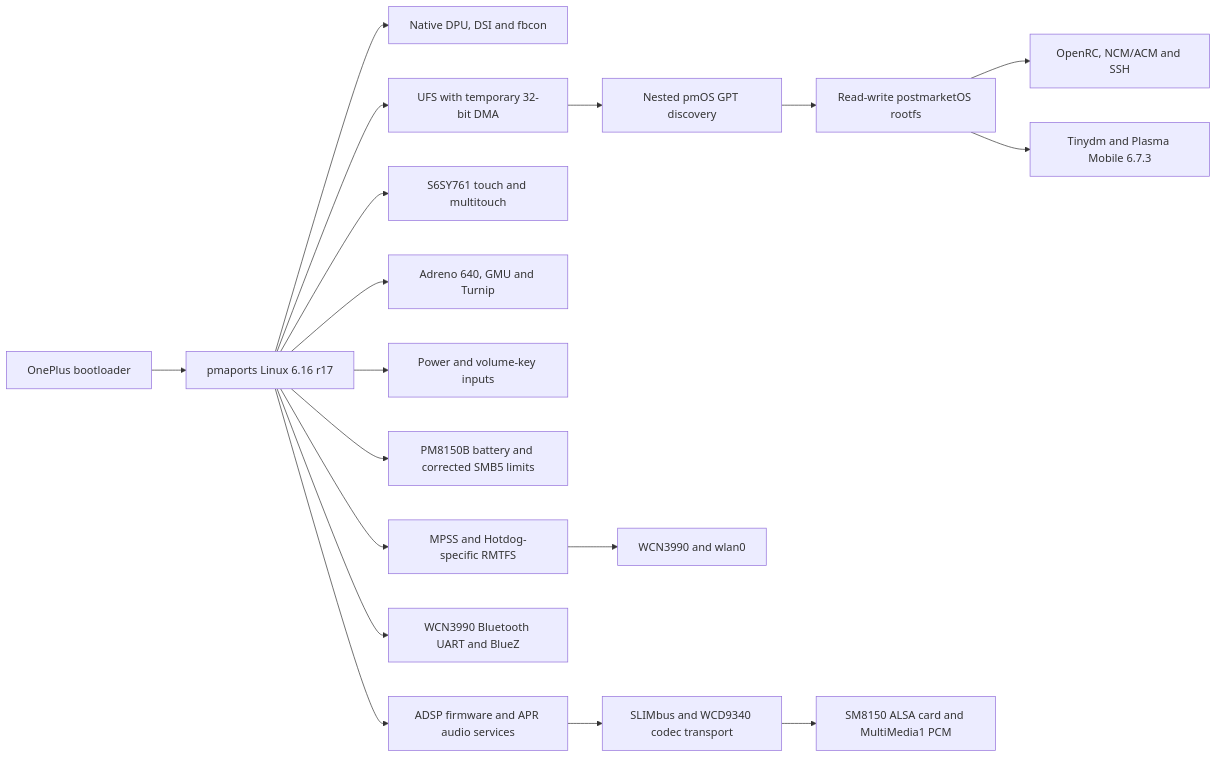
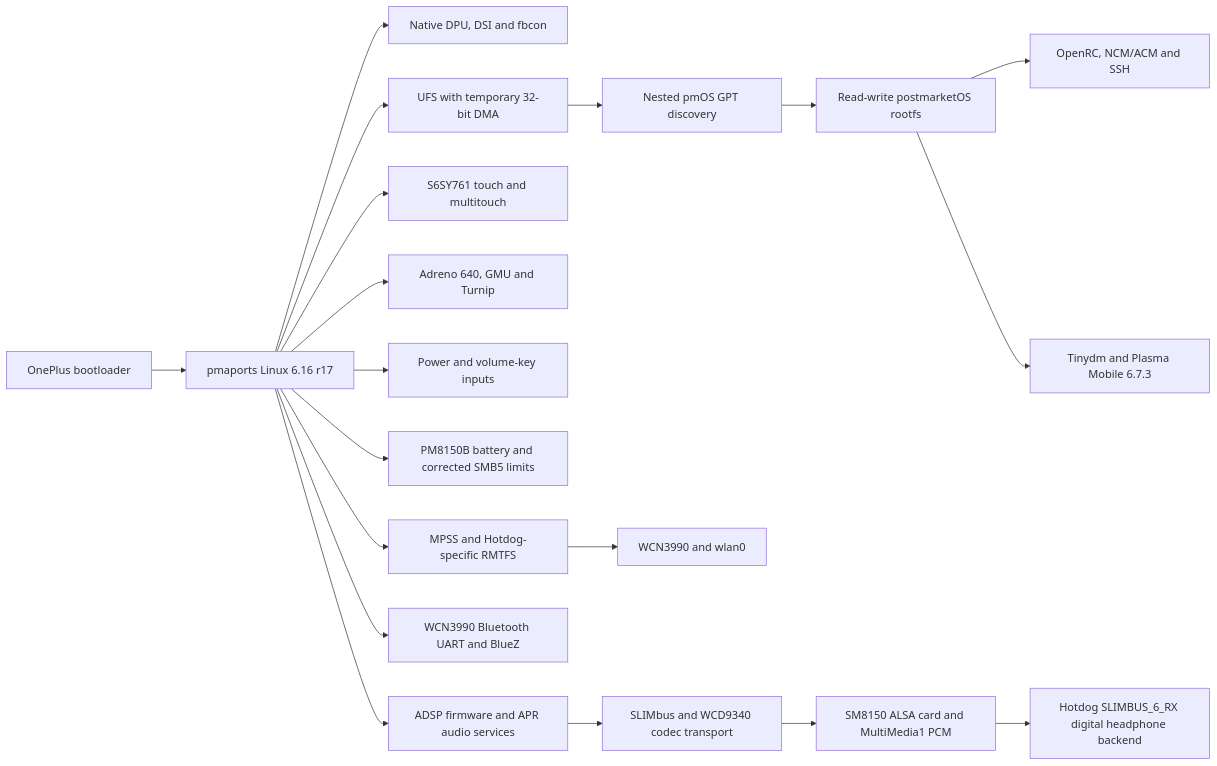
The diagram in README.md (Sr-0w/hotdog-linux-bringup), drawn with Mermaid before and after one commit. The commit also changed other lines of this file and 5 other files, not shown here.

Commit message:
docs: validate the Hotdog headphone backend

````diff
--- a/README.md
+++ b/README.md
@@ -277,20 +277,21 @@
 ```mermaid
 flowchart LR
     A["OnePlus bootloader"] --> B["pmaports Linux 6.16 r17"]
     B --> C["Native DPU, DSI and fbcon"]
     B --> D["UFS with temporary 32-bit DMA"]
     D --> E["Nested pmOS GPT discovery"]
     E --> F["Read-write postmarketOS rootfs"]
     F --> G["OpenRC, NCM/ACM and SSH"]
     F --> L["Tinydm and Plasma Mobile 6.7.3"]
     B --> H["S6SY761 touch and multitouch"]
     B --> I["Adreno 640, GMU and Turnip"]
     B --> J["Power and volume-key inputs"]
     B --> K["PM8150B battery and corrected SMB5 limits"]
     B --> M["MPSS and Hotdog-specific RMTFS"]
     M --> N["WCN3990 and wlan0"]
     B --> O["WCN3990 Bluetooth UART and BlueZ"]
     B --> P["ADSP firmware and APR audio services"]
     P --> Q["SLIMbus and WCD9340 codec transport"]
     Q --> R["SM8150 ALSA card and MultiMedia1 PCM"]
+    R --> S["Hotdog SLIMBUS_6_RX digital headphone backend"]
 ```
````
